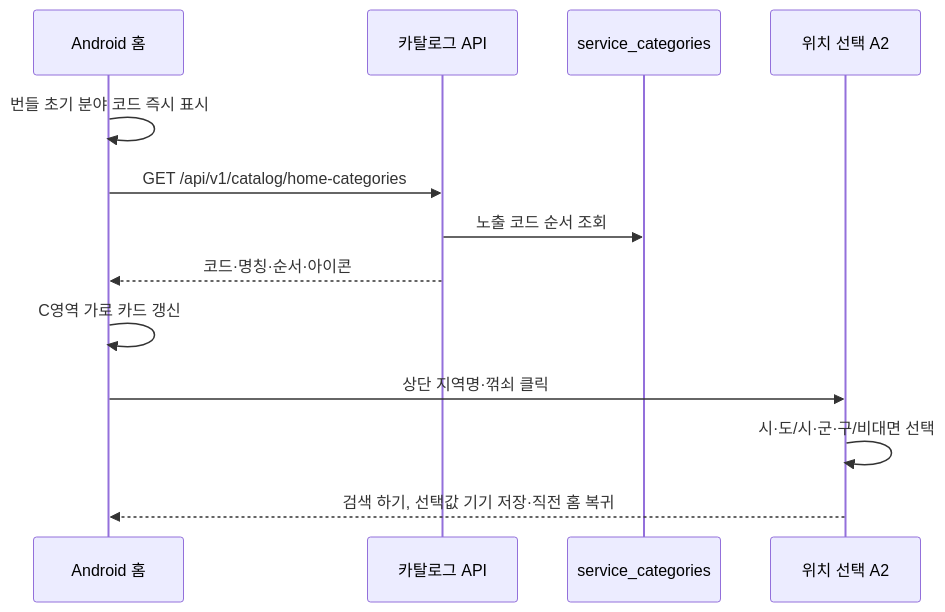
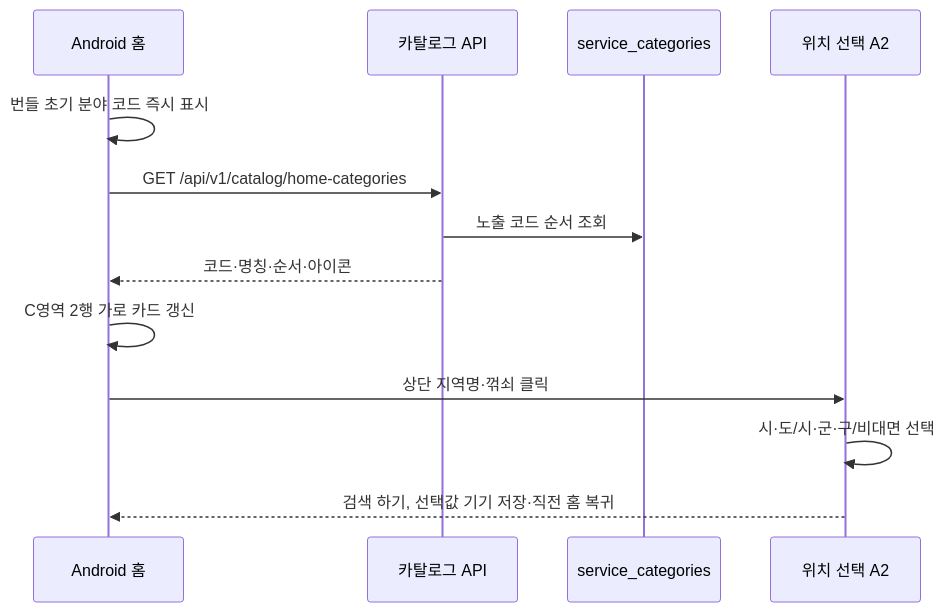
Before and after one commit to mintechstrategy/kimgosu: the seventh of 9 diagrams in docs/architecture/SERVICE-SEQUENCES.md, drawn with Mermaid. The commit also changed other lines of this file and 65 other files, not shown here.

````diff
--- a/docs/architecture/SERVICE-SEQUENCES.md
+++ b/docs/architecture/SERVICE-SEQUENCES.md
@@ -157,15 +157,15 @@
 ```mermaid
 sequenceDiagram
     participant App as Android 홈
     participant API as 카탈로그 API
     participant DB as service_categories
     participant Region as 위치 선택 A2
     App->>App: 번들 초기 분야 코드 즉시 표시
     App->>API: GET /api/v1/catalog/home-categories
     API->>DB: 노출 코드 순서 조회
     API-->>App: 코드·명칭·순서·아이콘
-    App->>App: C영역 가로 카드 갱신
+    App->>App: C영역 2행 가로 카드 갱신
     App->>Region: 상단 지역명·꺾쇠 클릭
     Region->>Region: 시·도/시·군·구/비대면 선택
     Region-->>App: 검색 하기, 선택값 기기 저장·직전 홈 복귀
 ```
````
